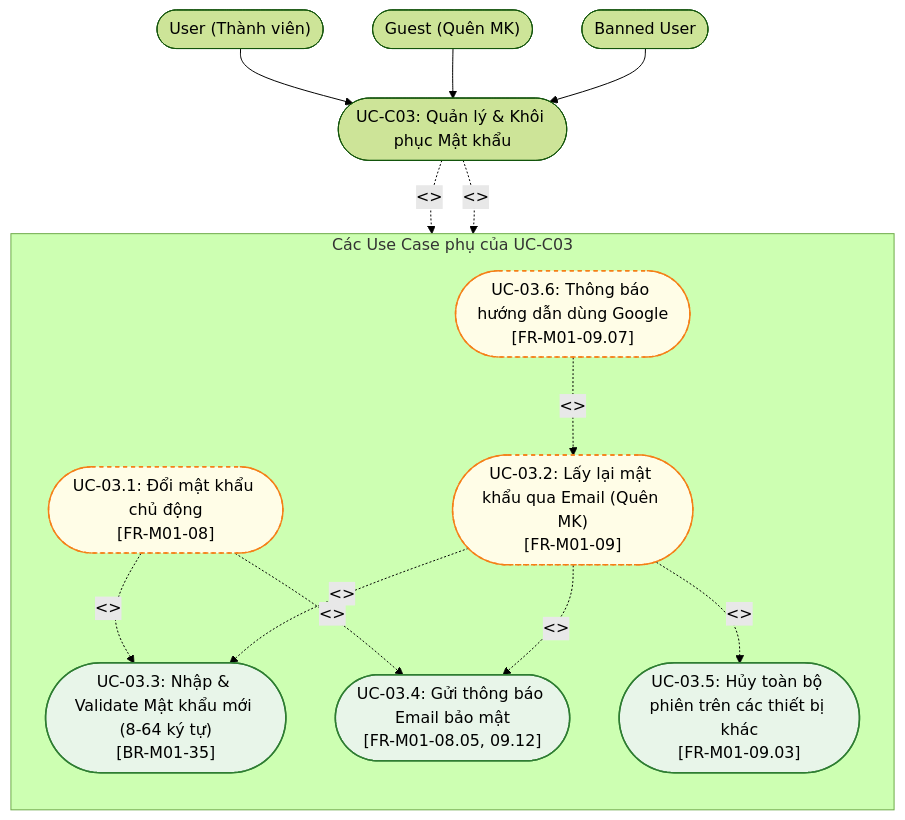
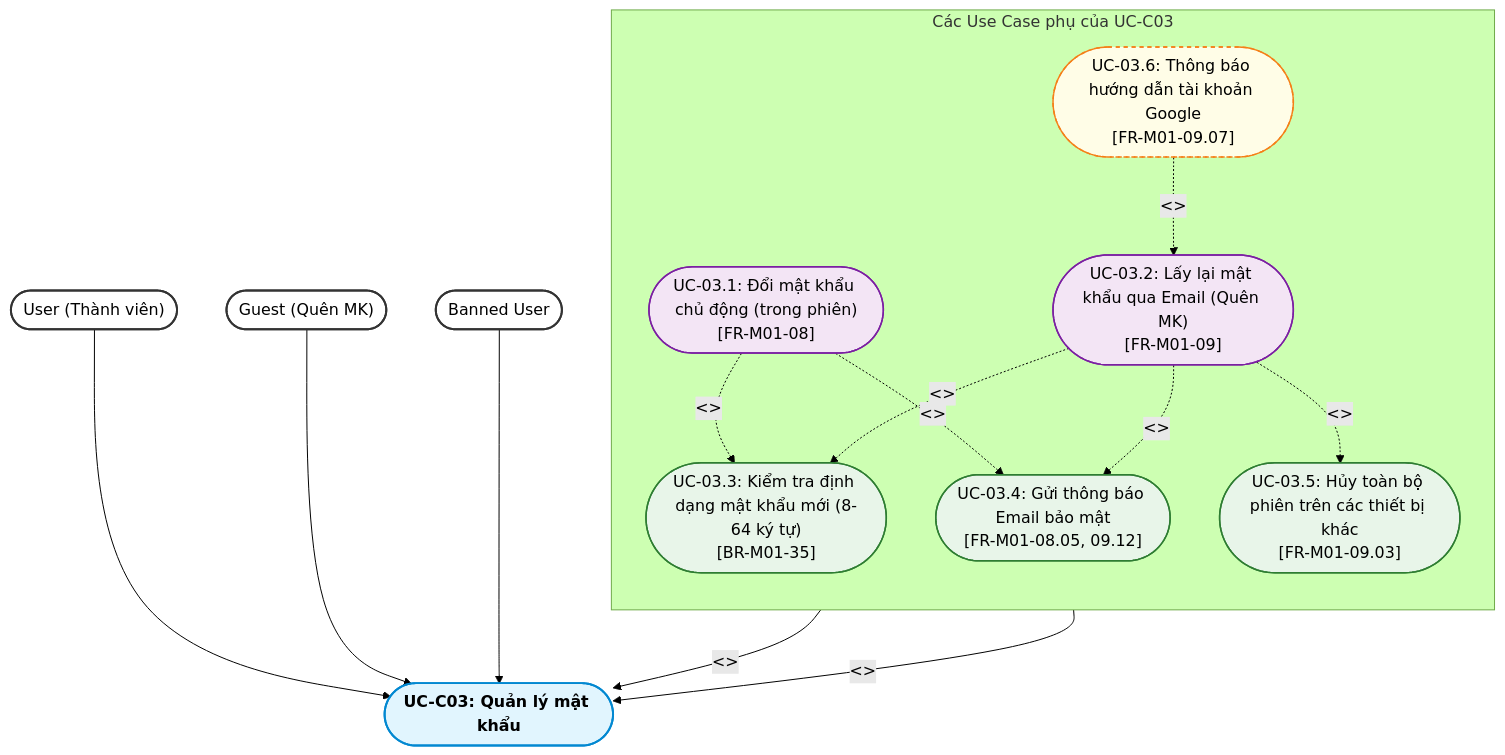
The fourth of 7 diagrams in docs/specs/us/US-M01.md (dat2k42004/iShare), drawn with Mermaid (forest theme) before and after one commit. The commit also changed other lines of this file, not shown here.

````diff
--- a/docs/specs/us/US-M01.md
+++ b/docs/specs/us/US-M01.md
@@ -262,40 +315,48 @@
 ```mermaid
 flowchart TB
-    User(["User (Thành viên)"]) --> UC_C03(["UC-C03: Quản lý & Khôi phục Mật khẩu"])
+    User(["User (Thành viên)"]) --> UC_C03(["UC-C03: Quản lý mật khẩu"])
     Guest(["Guest (Quên MK)"]) --> UC_C03
     BannedUser(["Banned User"]) --> UC_C03
 
     subgraph Sub_UCC03 ["Các Use Case phụ của UC-C03"]
         direction TB
-        %% 2 Nhánh nghiệp vụ chính
-        SUB_CHANGE(["UC-03.1: Đổi mật khẩu chủ động<br/>[FR-M01-08]"])
-        SUB_RESET(["UC-03.2: Lấy lại mật khẩu qua Email (Quên MK)<br/>[FR-M01-09]"])
+        %% Kế thừa / Cha - Con (Generalization)
+        GEN_CHANGE_PWD(["UC-03.1: Đổi mật khẩu chủ động (trong phiên)<br/>[FR-M01-08]"])
+        GEN_RESET_PWD(["UC-03.2: Lấy lại mật khẩu qua Email (Quên MK)<br/>[FR-M01-09]"])
 
         %% Bắt buộc (Include)
-        INC_VALID_PWD(["UC-03.3: Nhập & Validate Mật khẩu mới (8-64 ký tự)<br/>[BR-M01-35]"])
+        INC_VALID_PWD(["UC-03.3: Kiểm tra định dạng mật khẩu mới (8-64 ký tự)<br/>[BR-M01-35]"])
         INC_NOTIFY_PWD(["UC-03.4: Gửi thông báo Email bảo mật<br/>[FR-M01-08.05, 09.12]"])
         INC_REVOKE_SESS(["UC-03.5: Hủy toàn bộ phiên trên các thiết bị khác<br/>[FR-M01-09.03]"])
 
         %% Mở rộng (Extend)
-        EXT_G_WARN(["UC-03.6: Thông báo hướng dẫn dùng Google<br/>[FR-M01-09.07]"])
+        EXT_G_WARN(["UC-03.6: Thông báo hướng dẫn tài khoản Google<br/>[FR-M01-09.07]"])
     end
 
-    %% 2 Luồng chính mở rộng từ UC Chính
-    UC_C03 -.->|"<<extend>>"| SUB_CHANGE
-    UC_C03 -.->|"<<extend>>"| SUB_RESET
+    %% Quan hệ Generalization
+    GEN_CHANGE_PWD -->|"<<generalization>>"| UC_C03
+    GEN_RESET_PWD -->|"<<generalization>>"| UC_C03
 
-    %% Quan hệ của Đổi MK
-    SUB_CHANGE -.->|"<<include>>"| INC_VALID_PWD
-    SUB_CHANGE -.->|"<<include>>"| INC_NOTIFY_PWD
+    %% Quan hệ Include
+    GEN_CHANGE_PWD -.->|"<<include>>"| INC_VALID_PWD
+    GEN_CHANGE_PWD -.->|"<<include>>"| INC_NOTIFY_PWD
 
-    %% Quan hệ của Quên MK
-    SUB_RESET -.->|"<<include>>"| INC_VALID_PWD
-    SUB_RESET -.->|"<<include>>"| INC_NOTIFY_PWD
-    SUB_RESET -.->|"<<include>>"| INC_REVOKE_SESS
-    EXT_G_WARN -.->|"<<extend>>"| SUB_RESET
+    GEN_RESET_PWD -.->|"<<include>>"| INC_VALID_PWD
+    GEN_RESET_PWD -.->|"<<include>>"| INC_NOTIFY_PWD
+    GEN_RESET_PWD -.->|"<<include>>"| INC_REVOKE_SESS
 
+    %% Quan hệ Extend
+    EXT_G_WARN -.->|"<<extend>>"| GEN_RESET_PWD
+
+    classDef actorStyle fill:#ffffff,stroke:#333333,stroke-width:2px;
+    classDef coreUC fill:#e1f5fe,stroke:#0288d1,stroke-width:2px,font-weight:bold;
     classDef incStyle fill:#e8f5e9,stroke:#2e7d32,stroke-width:1.5px;
     classDef extStyle fill:#fffde7,stroke:#f57f17,stroke-width:1.5px,stroke-dasharray: 4 4;
+    classDef genStyle fill:#f3e5f5,stroke:#7b1fa2,stroke-width:1.5px;
+
+    class User,Guest,BannedUser actorStyle;
+    class UC_C03 coreUC;
+    class GEN_CHANGE_PWD,GEN_RESET_PWD genStyle;
     class INC_VALID_PWD,INC_NOTIFY_PWD,INC_REVOKE_SESS incStyle;
-    class SUB_CHANGE,SUB_RESET,EXT_G_WARN extStyle;
+    class EXT_G_WARN extStyle;
 ```
````
